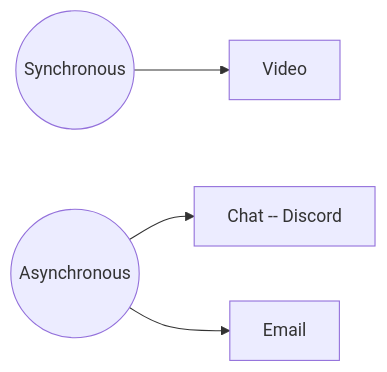
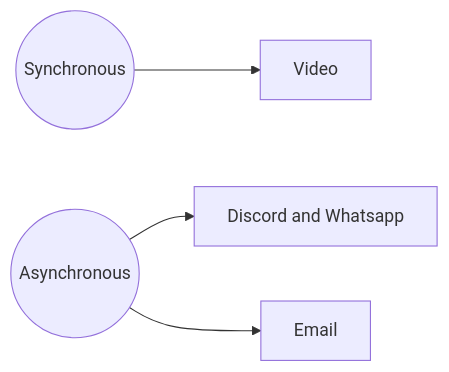
Before and after one commit to life-itself/tao: the second of 2 diagrams in onboarding/README.md, drawn with Mermaid. The commit also changed other lines of this file, not shown here.

````diff
--- a/onboarding/README.md
+++ b/onboarding/README.md
@@ -284,10 +279,10 @@
 ```mermaid
 graph LR
 
 sync((Synchronous))
 async((Asynchronous))
 
 sync --> video[Video]
-async --> chat[Chat -- Discord]
+async --> chat[Discord and Whatsapp]
 async --> email[Email]
 ```
````
